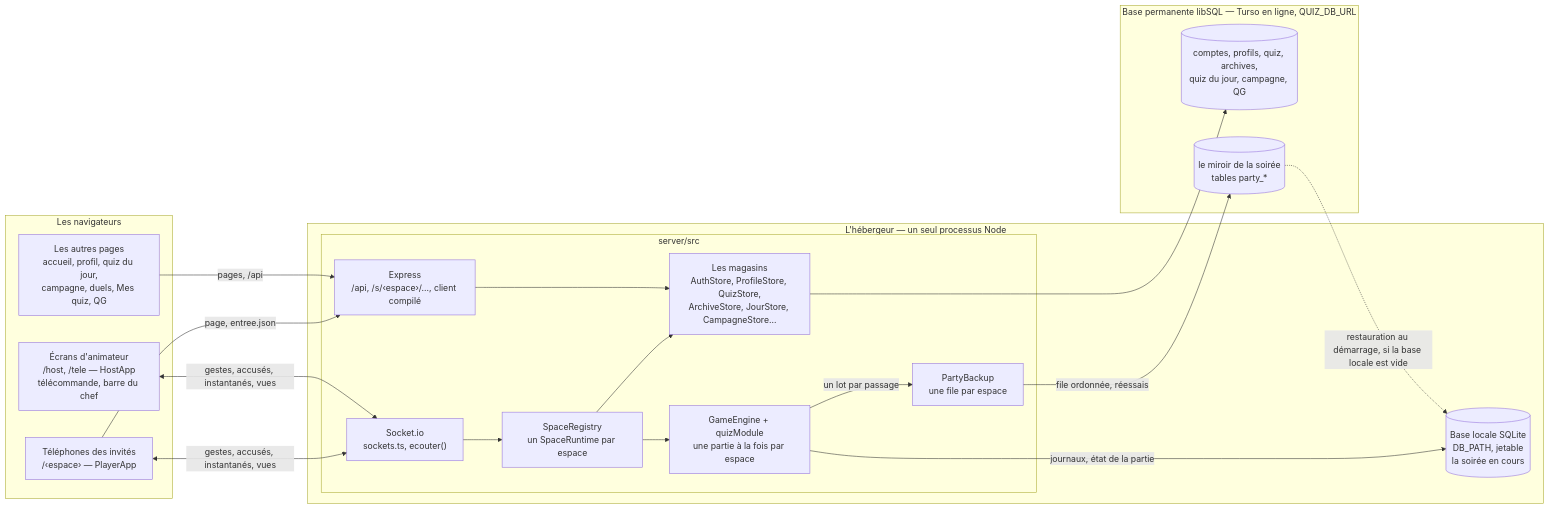
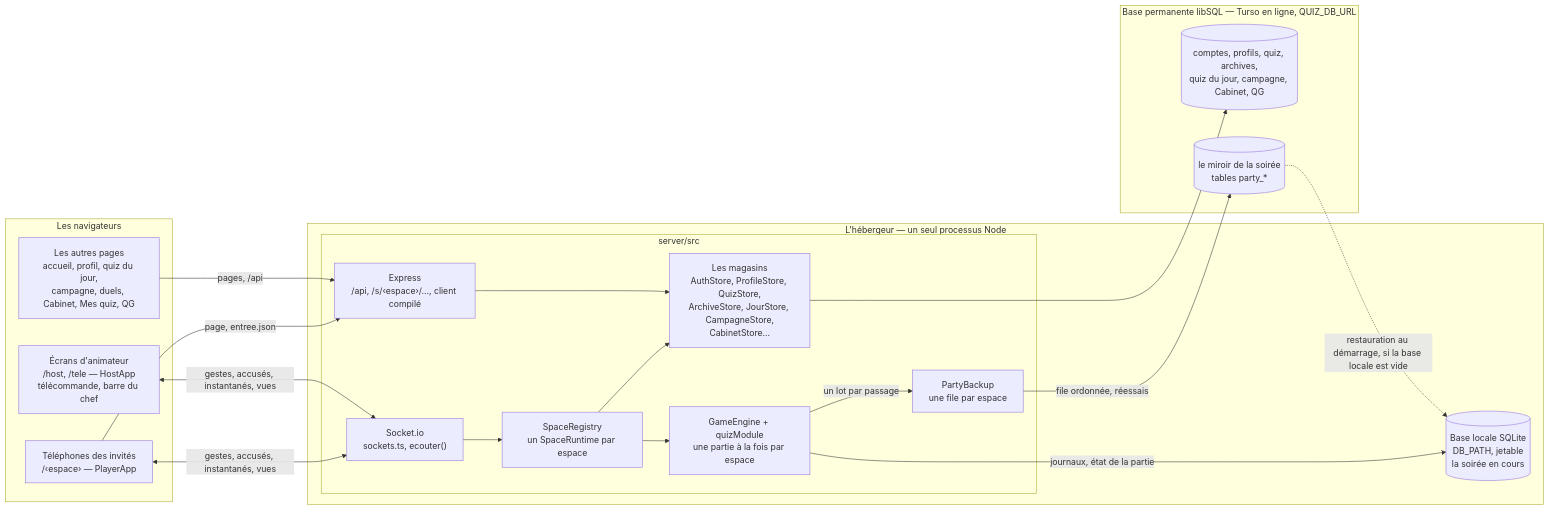
The first of 3 diagrams in docs/architecture/vue-d-ensemble.md (Maxilyas/FiestApp), drawn with Mermaid before and after one commit. The commit also changed other lines of this file and 15 other files, not shown here.

````diff
--- a/docs/architecture/vue-d-ensemble.md
+++ b/docs/architecture/vue-d-ensemble.md
@@ -50,36 +51,36 @@
 ```mermaid
 flowchart LR
   subgraph NAV["Les navigateurs"]
     TEL["Téléphones des invités<br/>/‹espace› — PlayerApp"]
     ECR["Écrans d'animateur<br/>/host, /tele — HostApp<br/>télécommande, barre du chef"]
-    PAG["Les autres pages<br/>accueil, profil, quiz du jour,<br/>campagne, duels, Mes quiz, QG"]
+    PAG["Les autres pages<br/>accueil, profil, quiz du jour,<br/>campagne, duels, Cabinet, Mes quiz, QG"]
   end
   subgraph HEB["L'hébergeur — un seul processus Node"]
     subgraph SRV["server/src"]
       HTTP["Express<br/>/api, /s/‹espace›/…, client compilé"]
       IO["Socket.io<br/>sockets.ts, ecouter()"]
       REG["SpaceRegistry<br/>un SpaceRuntime par espace"]
       MOT["GameEngine + quizModule<br/>une partie à la fois par espace"]
-      MAG["Les magasins<br/>AuthStore, ProfileStore, QuizStore,<br/>ArchiveStore, JourStore, CampagneStore…"]
+      MAG["Les magasins<br/>AuthStore, ProfileStore, QuizStore,<br/>ArchiveStore, JourStore, CampagneStore,<br/>CabinetStore…"]
       MIR["PartyBackup<br/>une file par espace"]
     end
     LOC[("Base locale SQLite<br/>DB_PATH, jetable<br/>la soirée en cours")]
   end
   subgraph PERM["Base permanente libSQL — Turso en ligne, QUIZ_DB_URL"]
-    DUR[("comptes, profils, quiz, archives,<br/>quiz du jour, campagne, QG")]
+    DUR[("comptes, profils, quiz, archives,<br/>quiz du jour, campagne, Cabinet, QG")]
     COP[("le miroir de la soirée<br/>tables party_*")]
   end
   TEL <-->|"gestes, accusés, instantanés, vues"| IO
   ECR <-->|"gestes, accusés, instantanés, vues"| IO
   TEL -->|"page, entree.json"| HTTP
   PAG -->|"pages, /api"| HTTP
   IO --> REG
   REG --> MOT
   MOT -->|"journaux, état de la partie"| LOC
   MOT -->|"un lot par passage"| MIR
   MIR -->|"file ordonnée, réessais"| COP
   REG --> MAG
   HTTP --> MAG
   MAG --> DUR
   COP -.->|"restauration au démarrage, si la base locale est vide"| LOC
 ```
````
